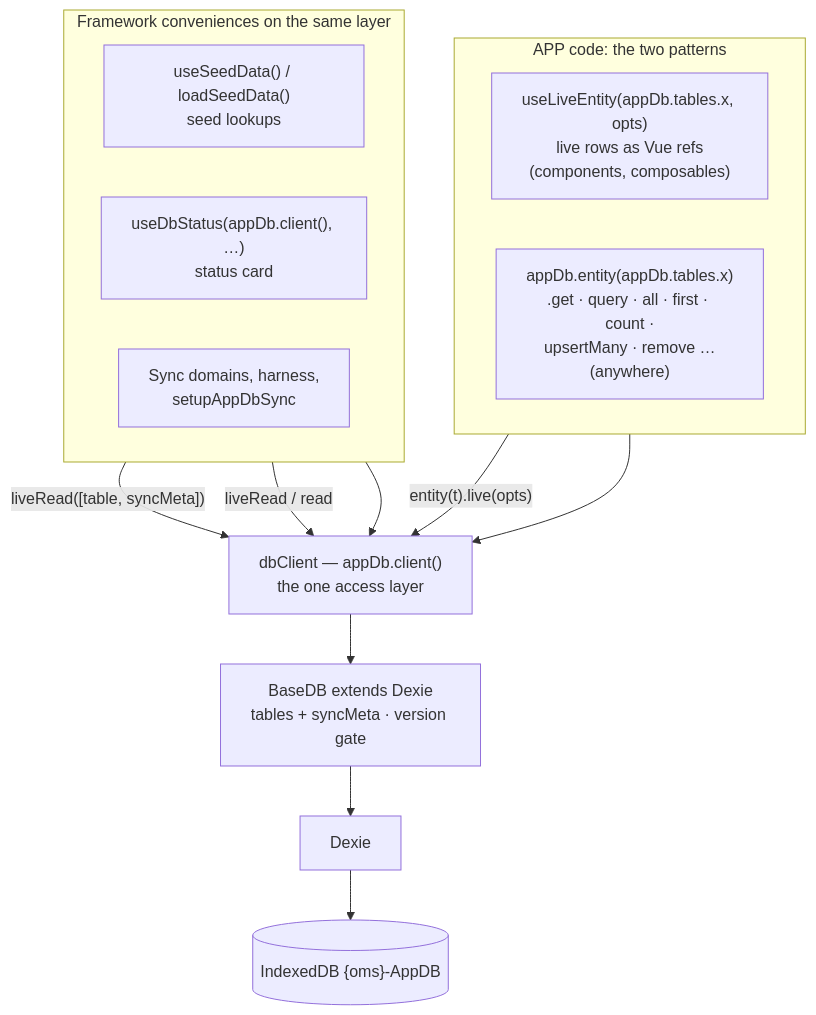
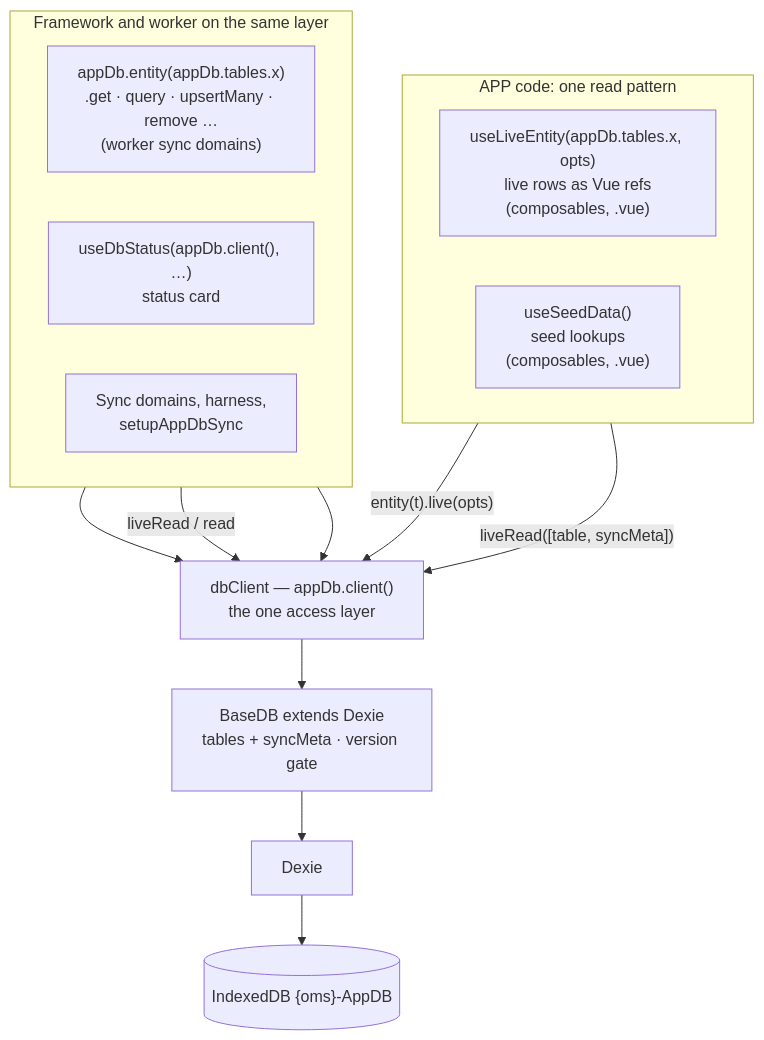
One commit to hotwax/accxui changed the second of 5 diagrams in docs/APP_DB_ARCHITECTURE.md. Above: the diagram before and after it, drawn with Mermaid. The commit also changed other lines of this file and 6 other files, not shown here.

````diff
--- a/docs/APP_DB_ARCHITECTURE.md
+++ b/docs/APP_DB_ARCHITECTURE.md
@@ -62,26 +62,26 @@
 ```mermaid
 flowchart TB
-    subgraph USE["APP code: the two patterns"]
+    subgraph USE["APP code: one read pattern"]
       direction LR
-      ULE["useLiveEntity(appDb.tables.x, opts)<br/>live rows as Vue refs<br/>(components, composables)"]
-      AE["appDb.entity(appDb.tables.x)<br/>.get · query · all · first · count ·<br/>upsertMany · remove …<br/>(anywhere)"]
+      ULE["useLiveEntity(appDb.tables.x, opts)<br/>live rows as Vue refs<br/>(composables, .vue)"]
+      USD["useSeedData()<br/>seed lookups<br/>(composables, .vue)"]
     end
-    subgraph CONV["Framework conveniences on the same layer"]
+    subgraph CONV["Framework and worker on the same layer"]
       direction LR
-      USD["useSeedData() / loadSeedData()<br/>seed lookups"]
+      AE["appDb.entity(appDb.tables.x)<br/>.get · query · upsertMany · remove …<br/>(worker sync domains)"]
       UDS["useDbStatus(appDb.client(), …)<br/>status card"]
       SYNC["Sync domains, harness,<br/>setupAppDbSync"]
     end
     DC["dbClient — appDb.client()<br/>the one access layer"]
     BDB["BaseDB extends Dexie<br/>tables + syncMeta · version gate"]
     DEX["Dexie"]
     IDB[("IndexedDB  {oms}-AppDB")]
 
     ULE -- "entity(t).live(opts)" --> DC
     AE --> DC
     USD -- "liveRead([table, syncMeta])" --> DC
     UDS -- "liveRead / read" --> DC
     SYNC --> DC
     DC --> BDB
     BDB --> DEX --> IDB
 ```
````
